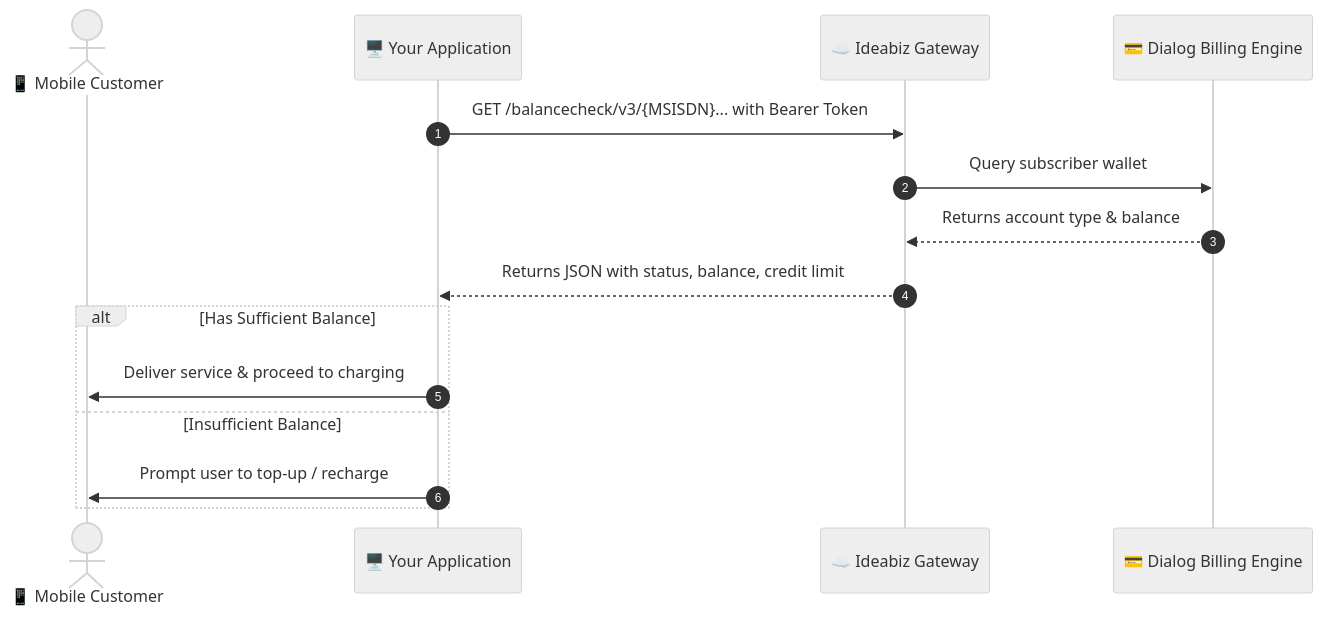
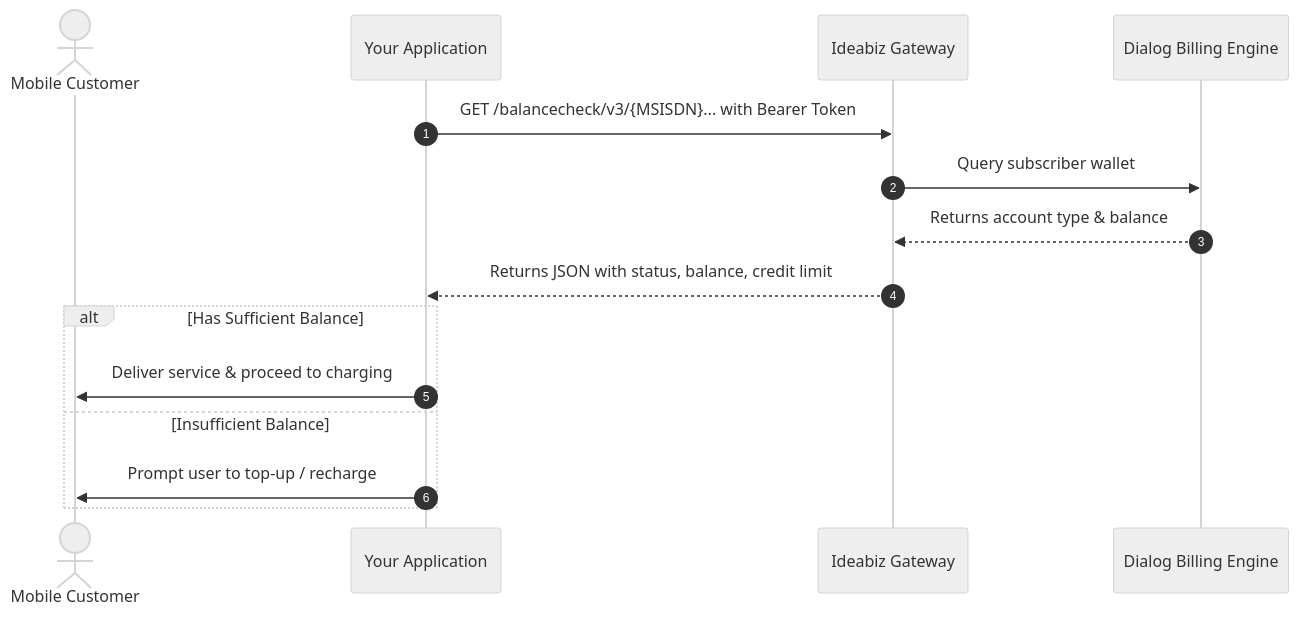
Before and after one commit to ideabizmart/Docs-Ideabiz-v2: the diagram in docs/APIs/Main/Balance_Check.md, drawn with Mermaid (neutral theme). The commit also changed 8 other files, not shown here.

````diff
--- a/docs/APIs/Main/Balance_Check.md
+++ b/docs/APIs/Main/Balance_Check.md
@@ -11,18 +11,18 @@
 ```mermaid
 sequenceDiagram
     autonumber
-    actor Customer as 📱 Mobile Customer
-    participant App as 🖥️ Your Application
-    participant Ideabiz as ☁️ Ideabiz Gateway
-    participant Billing as 💳 Dialog Billing Engine
+    actor Customer as Mobile Customer
+    participant App as Your Application
+    participant Ideabiz as Ideabiz Gateway
+    participant Billing as Dialog Billing Engine
 
     App->>Ideabiz: GET /balancecheck/v3/{MSISDN}... with Bearer Token
     Ideabiz->>Billing: Query subscriber wallet
     Billing-->>Ideabiz: Returns account type & balance
     Ideabiz-->>App: Returns JSON with status, balance, credit limit
     alt Has Sufficient Balance
         App->>Customer: Deliver service & proceed to charging
     else Insufficient Balance
         App->>Customer: Prompt user to top-up / recharge
     end
 ```
````
